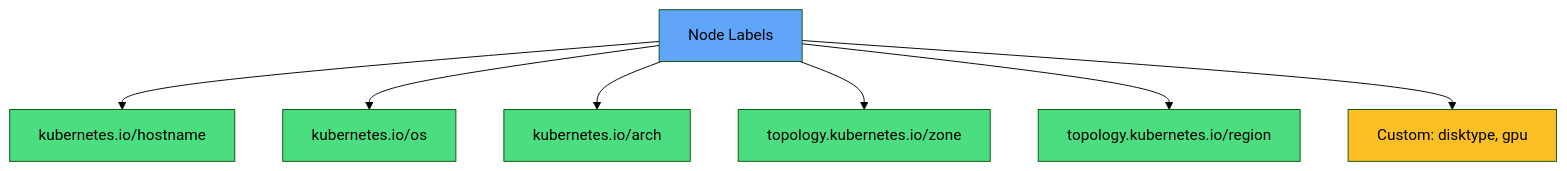
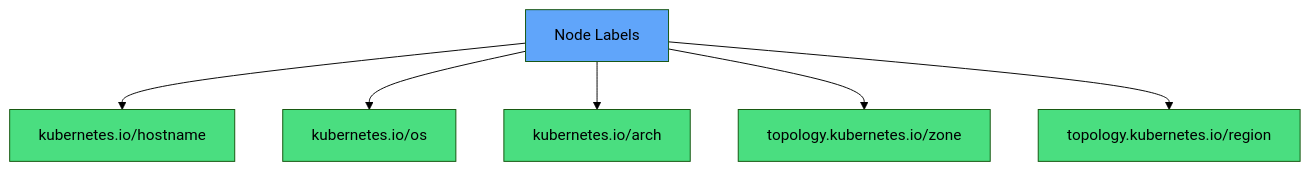
One commit to courselabs/kubernetes changed the seventh of 12 diagrams in slides/clusters/slides.md. Above: the diagram before and after it, drawn with Mermaid (forest theme). The commit also changed other lines of this file and 7 other files, not shown here.

````diff
--- a/slides/clusters/slides.md
+++ b/slides/clusters/slides.md
@@ -203,17 +365,15 @@
 ```mermaid
 graph TB
     N[Node Labels]
     N --> L1[kubernetes.io/hostname]
     N --> L2[kubernetes.io/os]
     N --> L3[kubernetes.io/arch]
     N --> L4[topology.kubernetes.io/zone]
     N --> L5[topology.kubernetes.io/region]
-    N --> L6[Custom: disktype, gpu]
     style N fill:#60a5fa
     style L1 fill:#4ade80
     style L2 fill:#4ade80
     style L3 fill:#4ade80
     style L4 fill:#4ade80
     style L5 fill:#4ade80
-    style L6 fill:#fbbf24
 ```
````
